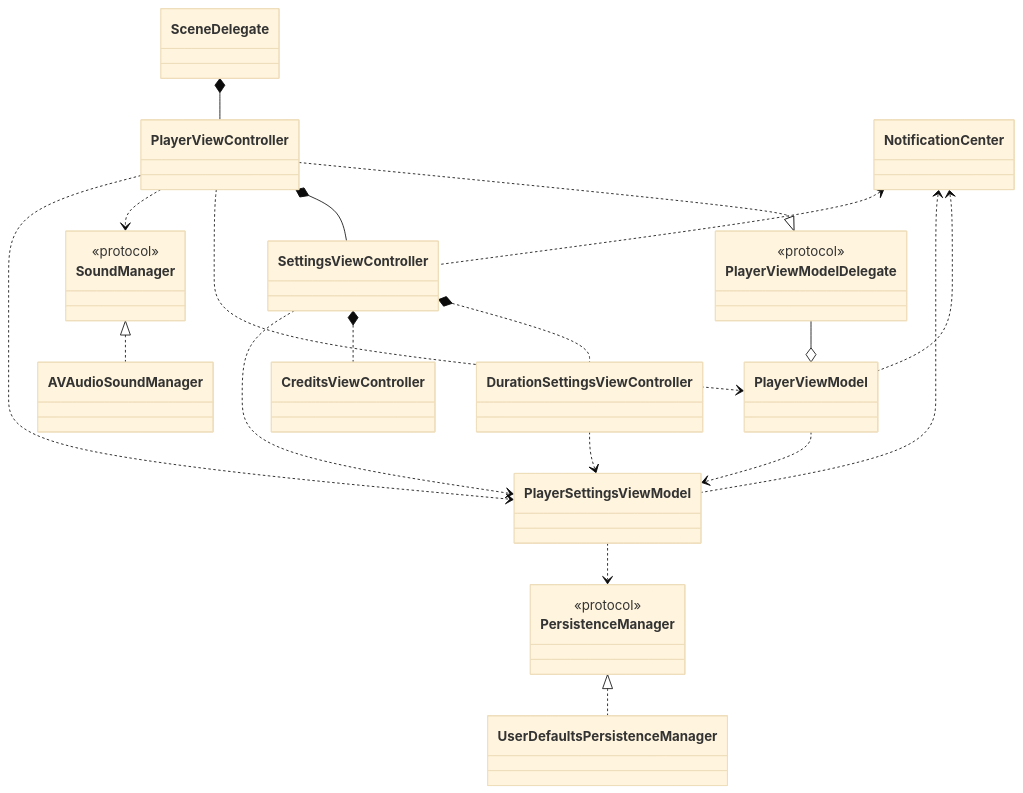
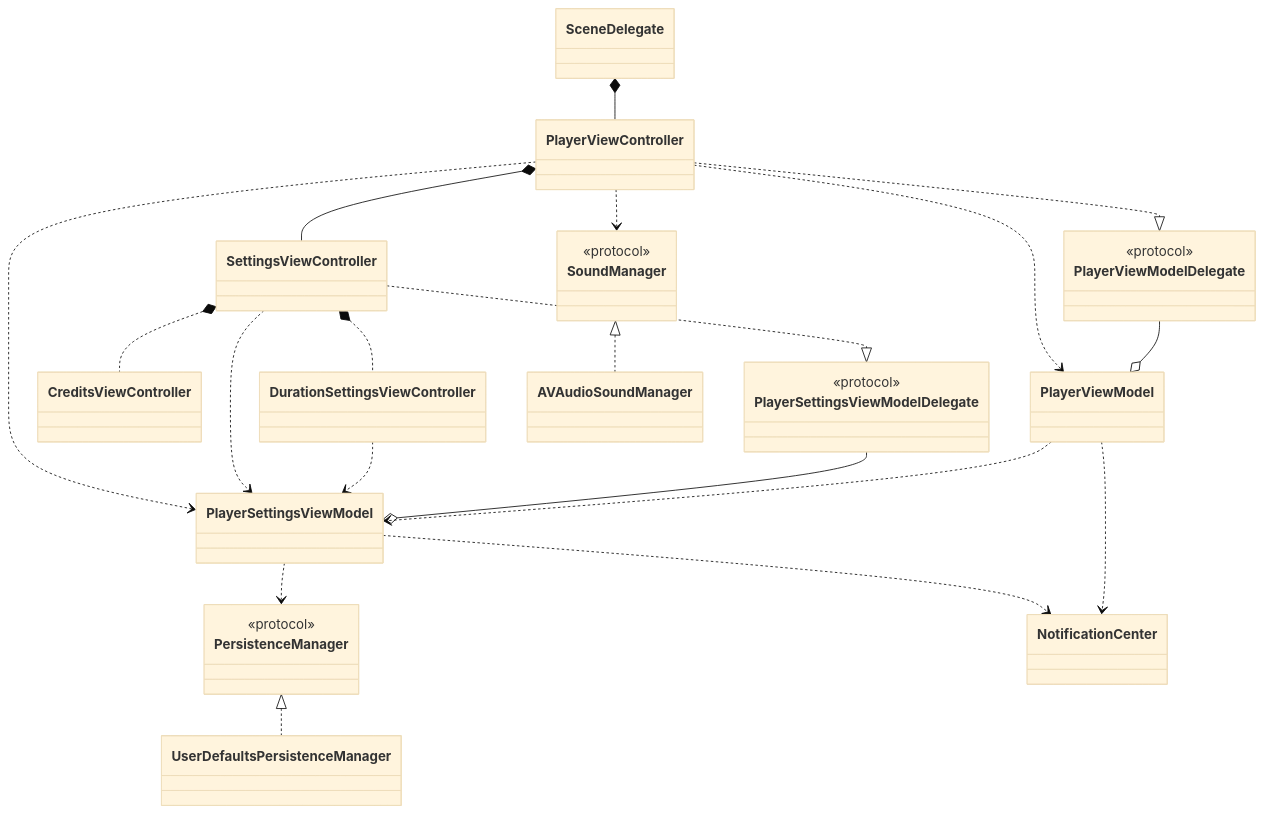
One commit to carlosyslas/tranki changed the diagram in README.md. Above: the diagram before and after it, drawn with Mermaid (base theme). The commit also changed 5 other files, not shown here.

Commit message:
Remove NotificationCenter dependency in SettingsViewController

````diff
--- a/README.md
+++ b/README.md
@@ -29,35 +29,37 @@
 ```mermaid
 ---
 tranki
 ---
 classDiagram
     SceneDelegate *-- PlayerViewController
 
     PlayerViewController ..> PlayerSettingsViewModel
     PlayerViewController ..> SoundManager
     PlayerViewController ..> PlayerViewModel
     PlayerViewController *-- SettingsViewController
     PlayerViewController ..|> PlayerViewModelDelegate
 
     SettingsViewController ..> PlayerSettingsViewModel
     SettingsViewController *.. CreditsViewController
     SettingsViewController *.. DurationSettingsViewController
-    NotificationCenter <.. SettingsViewController
+    SettingsViewController ..|> PlayerSettingsViewModelDelegate
 
     DurationSettingsViewController ..> PlayerSettingsViewModel
 
     PlayerSettingsViewModel ..> PersistenceManager
-    NotificationCenter <.. PlayerSettingsViewModel
+    PlayerSettingsViewModel ..> NotificationCenter
+    PlayerSettingsViewModelDelegate --o PlayerSettingsViewModel
 
     PlayerViewModelDelegate --o PlayerViewModel
     PlayerViewModel ..> PlayerSettingsViewModel
-    NotificationCenter <.. PlayerViewModel
+    PlayerViewModel ..> NotificationCenter
 
     SoundManager <|.. AVAudioSoundManager
 
     PersistenceManager <|.. UserDefaultsPersistenceManager
 
     <<protocol>>SoundManager
     <<protocol>>PersistenceManager
     <<protocol>>PlayerViewModelDelegate
+    <<protocol>>PlayerSettingsViewModelDelegate
 ```
````
